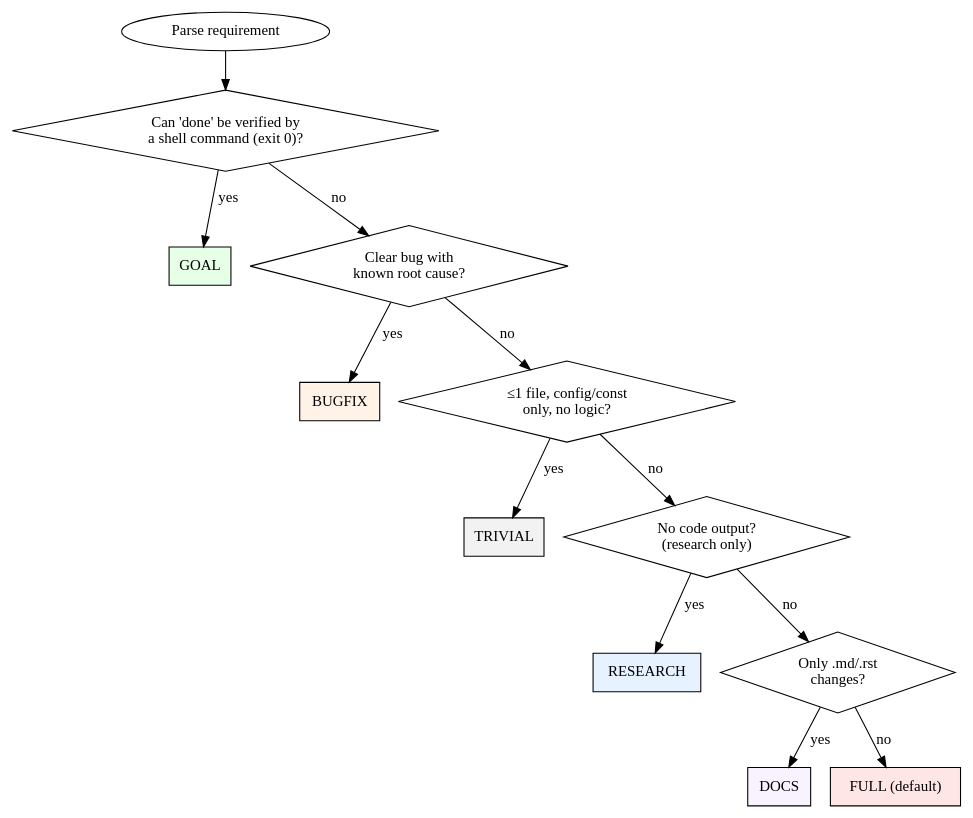
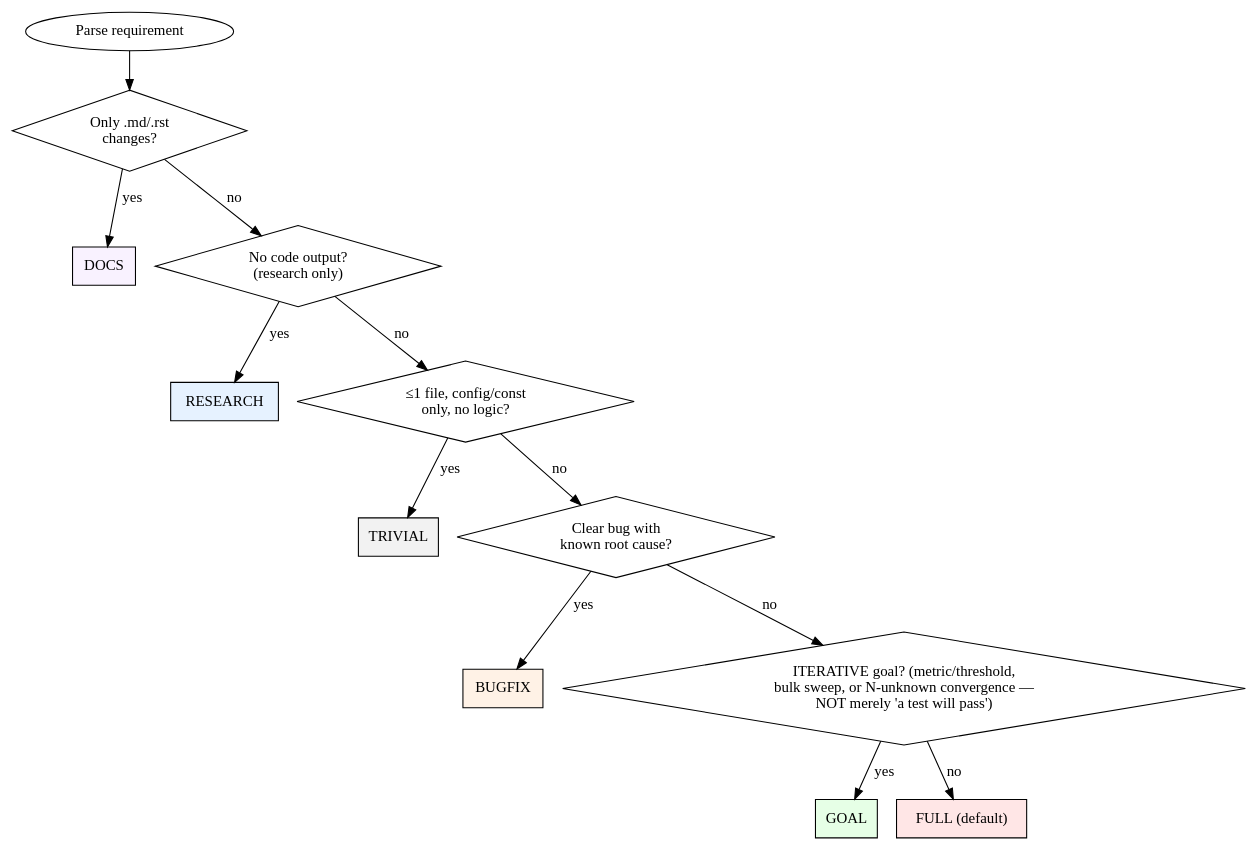
Before and after one commit to xg-gh-25/SwarmAI: the diagram in backend/skills/s_autonomous-pipeline/stages/evaluate.md, drawn with Graphviz. The commit also changed other lines of this file and 1 other file, not shown here.

````diff
--- a/backend/skills/s_autonomous-pipeline/stages/evaluate.md
+++ b/backend/skills/s_autonomous-pipeline/stages/evaluate.md
@@ -353,29 +355,29 @@
 ```dot
 digraph profile_selection {
   rankdir=TB;
   start [label="Parse requirement", shape=ellipse];
-  q1 [label="Can 'done' be verified by\na shell command (exit 0)?", shape=diamond];
+  q0 [label="Only .md/.rst\nchanges?", shape=diamond];
+  docs [label="DOCS", shape=box, style=filled, fillcolor="#f9f2ff"];
+  q1 [label="No code output?\n(research only)", shape=diamond];
+  research [label="RESEARCH", shape=box, style=filled, fillcolor="#e6f2ff"];
+  q2 [label="≤1 file, config/const\nonly, no logic?", shape=diamond];
+  trivial [label="TRIVIAL", shape=box, style=filled, fillcolor="#f2f2f2"];
+  q3 [label="Clear bug with\nknown root cause?", shape=diamond];
+  bugfix [label="BUGFIX", shape=box, style=filled, fillcolor="#fff2e6"];
+  q4 [label="ITERATIVE goal? (metric/threshold,\nbulk sweep, or N-unknown convergence —\nNOT merely 'a test will pass')", shape=diamond];
   goal [label="GOAL", shape=box, style=filled, fillcolor="#e6ffe6"];
-  q2 [label="Clear bug with\nknown root cause?", shape=diamond];
-  bugfix [label="BUGFIX", shape=box, style=filled, fillcolor="#fff2e6"];
-  q3 [label="≤1 file, config/const\nonly, no logic?", shape=diamond];
-  trivial [label="TRIVIAL", shape=box, style=filled, fillcolor="#f2f2f2"];
-  q4 [label="No code output?\n(research only)", shape=diamond];
-  research [label="RESEARCH", shape=box, style=filled, fillcolor="#e6f2ff"];
-  q5 [label="Only .md/.rst\nchanges?", shape=diamond];
-  docs [label="DOCS", shape=box, style=filled, fillcolor="#f9f2ff"];
   full [label="FULL (default)", shape=box, style=filled, fillcolor="#ffe6e6"];
 
-  start -> q1;
-  q1 -> goal [label="yes"];
+  start -> q0;
+  q0 -> docs [label="yes"];
+  q0 -> q1 [label="no"];
+  q1 -> research [label="yes"];
   q1 -> q2 [label="no"];
-  q2 -> bugfix [label="yes"];
+  q2 -> trivial [label="yes"];
   q2 -> q3 [label="no"];
-  q3 -> trivial [label="yes"];
+  q3 -> bugfix [label="yes"];
   q3 -> q4 [label="no"];
-  q4 -> research [label="yes"];
-  q4 -> q5 [label="no"];
-  q5 -> docs [label="yes"];
-  q5 -> full [label="no"];
+  q4 -> goal [label="yes"];
+  q4 -> full [label="no"];
 }
 ```
````
